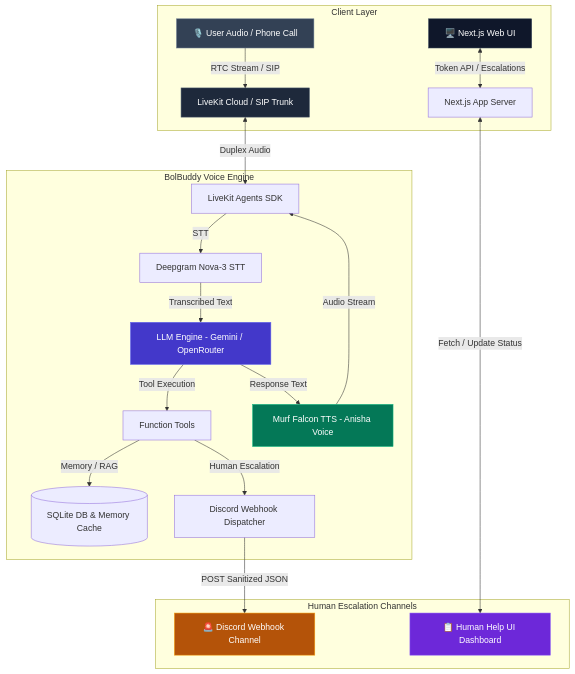
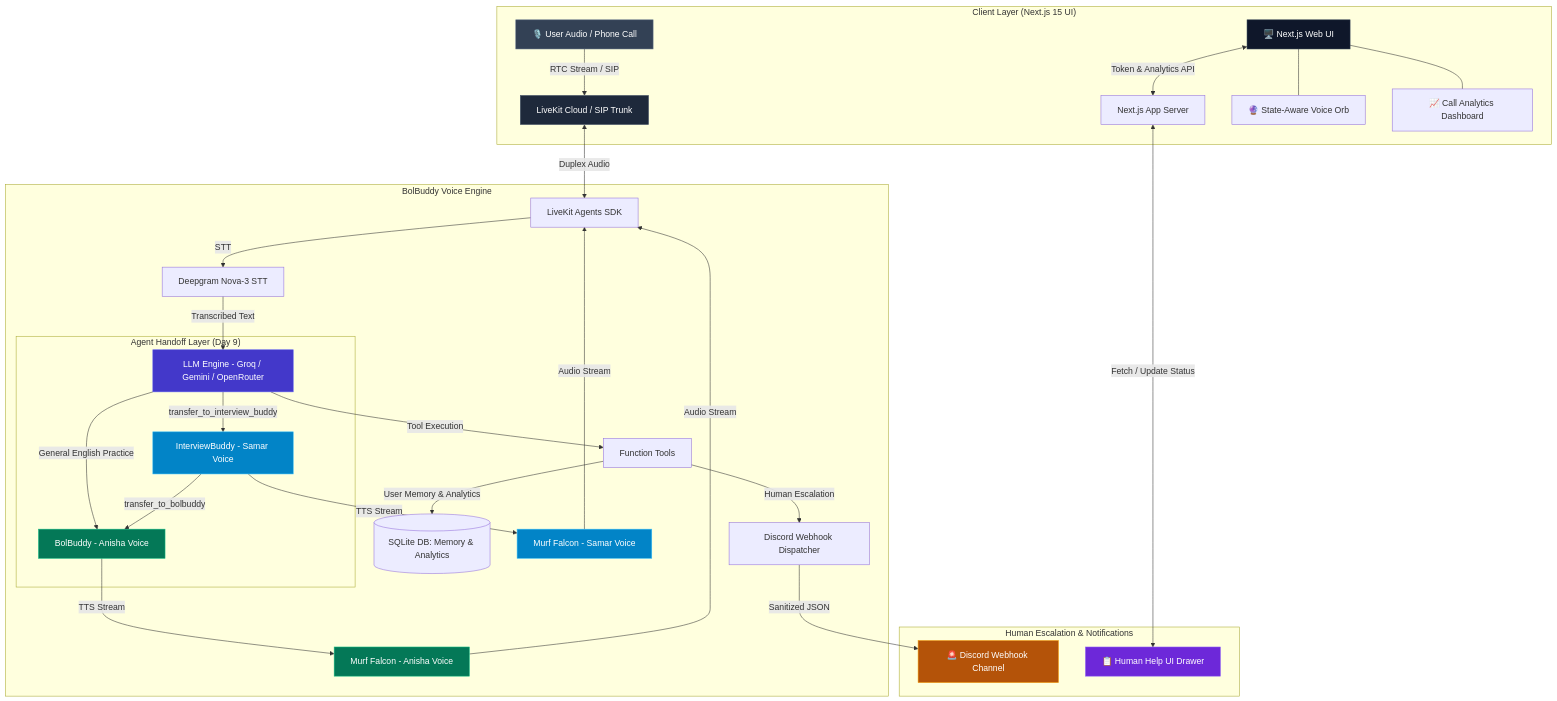
Before and after one commit to sakshyambhttr-cyber/10_days_voice_agent: the diagram in README.md, drawn with Mermaid. The commit also changed other lines of this file, not shown here.

Commit message:
docs: update main README with Day 8 analytics & Day 9 specialist agent handoff

````diff
--- a/README.md
+++ b/README.md
@@ -24,31 +27,46 @@
 ```mermaid
 flowchart TD
-    subgraph Client ["Client Layer"]
+    subgraph Client ["Client Layer (Next.js 15 UI)"]
         A[🎙️ User Audio / Phone Call] -->|RTC Stream / SIP| B[LiveKit Cloud / SIP Trunk]
-        C[🖥️ Next.js Web UI] <-->|Token API / Escalations| D[Next.js App Server]
+        C[🖥️ Next.js Web UI] <-->|Token & Analytics API| D[Next.js App Server]
+        C --- V[🔮 State-Aware Voice Orb]
+        C --- DB[📈 Call Analytics Dashboard]
     end
 
     subgraph Backend ["BolBuddy Voice Engine"]
         B <-->|Duplex Audio| E[LiveKit Agents SDK]
         E -->|STT| F[Deepgram Nova-3 STT]
-        F -->|Transcribed Text| G[LLM Engine - Gemini / OpenRouter]
+        F -->|Transcribed Text| G[LLM Engine - Groq / Gemini / OpenRouter]
+        
+        subgraph MultiAgent ["Agent Handoff Layer (Day 9)"]
+            G -->|General English Practice| AG1[BolBuddy - Anisha Voice]
+            G -->|transfer_to_interview_buddy| AG2[InterviewBuddy - Samar Voice]
+            AG2 -->|transfer_to_bolbuddy| AG1
+        end
+
         G -->|Tool Execution| H[Function Tools]
-        H -->|Memory / RAG| I[(SQLite DB & Memory Cache)]
+        H -->|User Memory & Analytics| I[(SQLite DB: Memory & Analytics)]
         H -->|Human Escalation| J[Discord Webhook Dispatcher]
-        G -->|Response Text| K[Murf Falcon TTS - Anisha Voice]
-        K -->|Audio Stream| E
+        
+        AG1 -->|TTS Stream| K1[Murf Falcon - Anisha Voice]
+        AG2 -->|TTS Stream| K2[Murf Falcon - Samar Voice]
+        K1 -->|Audio Stream| E
+        K2 -->|Audio Stream| E
     end
 
-    subgraph Channels ["Human Escalation Channels"]
-        J -->|POST Sanitized JSON| L[🚨 Discord Webhook Channel]
-        D <-->|Fetch / Update Status| M[📋 Human Help UI Dashboard]
+    subgraph Channels ["Human Escalation & Notifications"]
+        J -->|Sanitized JSON| L[🚨 Discord Webhook Channel]
+        D <-->|Fetch / Update Status| M[📋 Human Help UI Drawer]
     end
 
     style A fill:#334155,stroke:#64748B,color:#fff
     style B fill:#1E293B,stroke:#475569,color:#fff
     style C fill:#0F172A,stroke:#334155,color:#fff
     style G fill:#4338CA,stroke:#6366F1,color:#fff
-    style K fill:#047857,stroke:#10B981,color:#fff
+    style AG1 fill:#047857,stroke:#10B981,color:#fff
+    style AG2 fill:#0284C7,stroke:#38BDF8,color:#fff
+    style K1 fill:#047857,stroke:#10B981,color:#fff
+    style K2 fill:#0284C7,stroke:#38BDF8,color:#fff
     style L fill:#B45309,stroke:#F59E0B,color:#fff
     style M fill:#6D28D9,stroke:#8B5CF6,color:#fff
 ```
````
